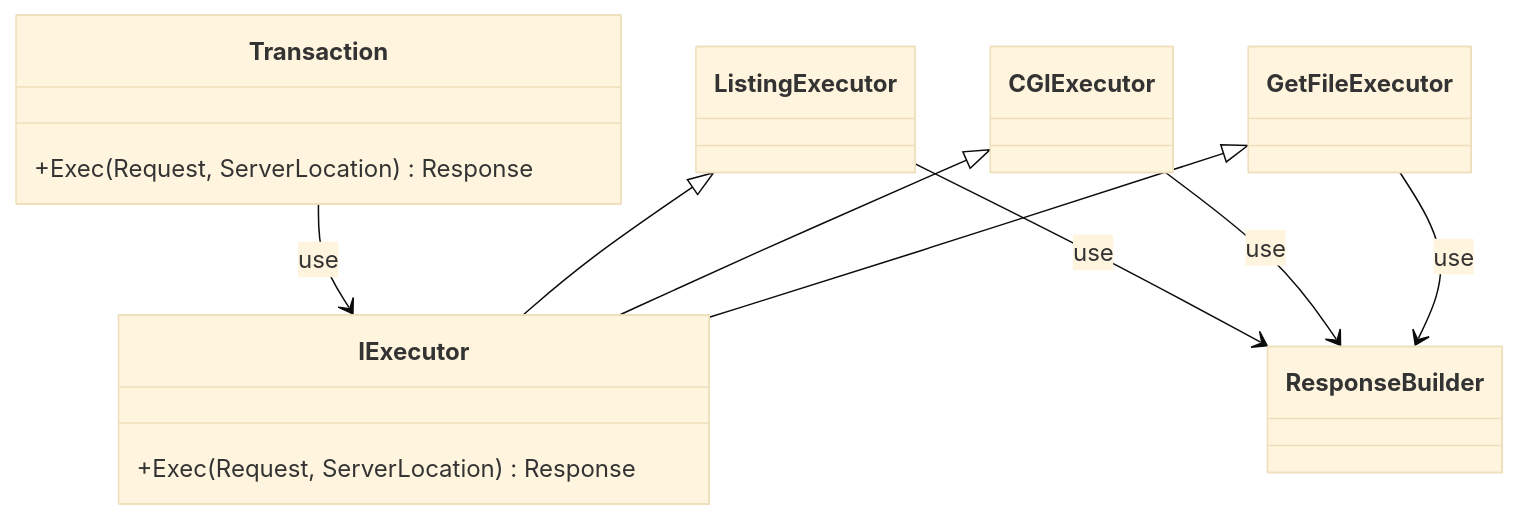
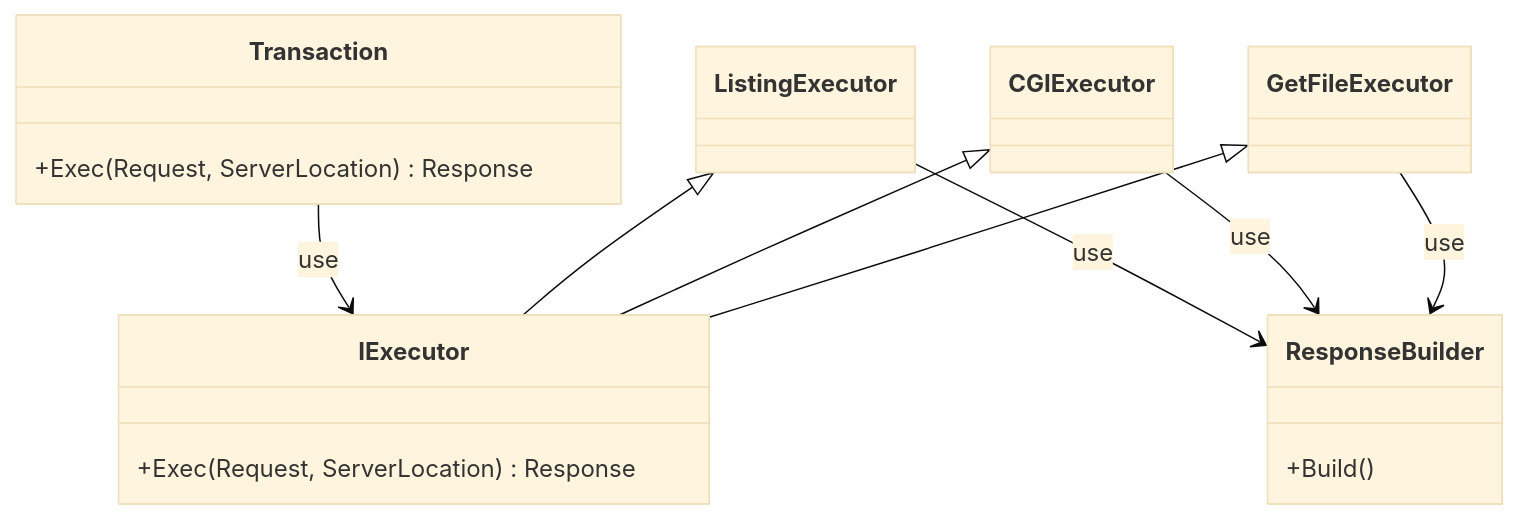
The diagram in docs/class/transaction_class.md (katataku/webserv), drawn with Mermaid (base theme) before and after one commit. The commit also changed other lines of this file, not shown here.

````diff
--- a/docs/class/transaction_class.md
+++ b/docs/class/transaction_class.md
@@ -1,30 +1,34 @@
 ```mermaid
 classDiagram
     GetFileExecutor <|-- IExecutor
     CGIExecutor <|-- IExecutor
     ListingExecutor <|-- IExecutor
 
     Transaction --> IExecutor : use
     GetFileExecutor --> ResponseBuilder : use
     CGIExecutor --> ResponseBuilder : use
     ListingExecutor --> ResponseBuilder : use
 
     class GetFileExecutor {
     }
 
     class CGIExecutor {
     }
 
     class ListingExecutor {
     }
 
     class IExecutor {
         +Exec(Request, ServerLocation) Response
     }
 
 
     class Transaction {
         +Exec(Request, ServerLocation) Response
     }
 
+    class ResponseBuilder {
+        +Build()
+    }
+
 ```
````
